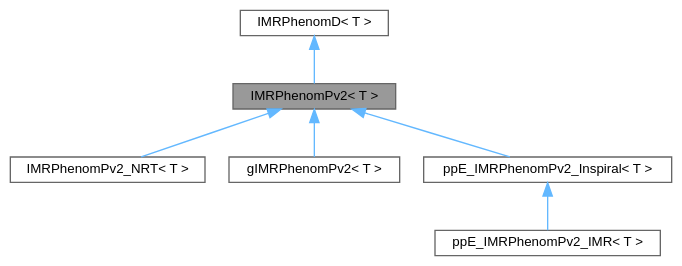
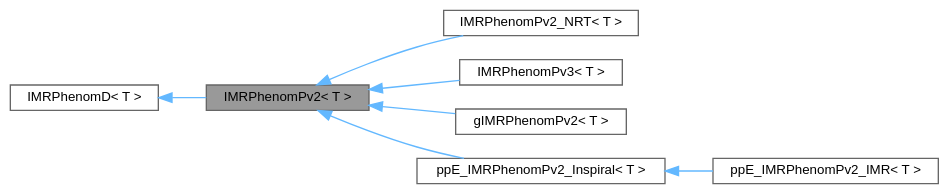
One commit to scottperkins/gw_analysis_tools changed the diagram in classIMRPhenomPv2__inherit__graph.dot. Above: the diagram before and after it, drawn with Graphviz. The commit also changed 499 other files, not shown here.

```diff
--- a/classIMRPhenomPv2__inherit__graph.dot
+++ b/classIMRPhenomPv2__inherit__graph.dot
@@ -1,18 +1,21 @@
 digraph "IMRPhenomPv2&lt; T &gt;"
 {
  // LATEX_PDF_SIZE
   bgcolor="transparent";
   edge [fontname=Helvetica,fontsize=10,labelfontname=Helvetica,labelfontsize=10];
   node [fontname=Helvetica,fontsize=10,shape=box,height=0.2,width=0.4];
+  rankdir="LR";
   Node1 [id="Node000001",label="IMRPhenomPv2\< T \>",height=0.2,width=0.4,color="gray40", fillcolor="grey60", style="filled", fontcolor="black",tooltip=" "];
   Node2 -> Node1 [id="edge1_Node000001_Node000002",dir="back",color="steelblue1",style="solid",tooltip=" "];
   Node2 [id="Node000002",label="IMRPhenomD\< T \>",height=0.2,width=0.4,color="gray40", fillcolor="white", style="filled",tooltip=" "];
   Node1 -> Node3 [id="edge2_Node000001_Node000003",dir="back",color="steelblue1",style="solid",tooltip=" "];
   Node3 [id="Node000003",label="IMRPhenomPv2_NRT\< T \>",height=0.2,width=0.4,color="gray40", fillcolor="white", style="filled",URL="$classIMRPhenomPv2__NRT.html",tooltip=" "];
   Node1 -> Node4 [id="edge3_Node000001_Node000004",dir="back",color="steelblue1",style="solid",tooltip=" "];
-  Node4 [id="Node000004",label="gIMRPhenomPv2\< T \>",height=0.2,width=0.4,color="gray40", fillcolor="white", style="filled",URL="$classgIMRPhenomPv2.html",tooltip=" "];
+  Node4 [id="Node000004",label="IMRPhenomPv3\< T \>",height=0.2,width=0.4,color="gray40", fillcolor="white", style="filled",URL="$classIMRPhenomPv3.html",tooltip=" "];
   Node1 -> Node5 [id="edge4_Node000001_Node000005",dir="back",color="steelblue1",style="solid",tooltip=" "];
-  Node5 [id="Node000005",label="ppE_IMRPhenomPv2_Inspiral\< T \>",height=0.2,width=0.4,color="gray40", fillcolor="white", style="filled",URL="$classppE__IMRPhenomPv2__Inspiral.html",tooltip=" "];
-  Node5 -> Node6 [id="edge5_Node000005_Node000006",dir="back",color="steelblue1",style="solid",tooltip=" "];
-  Node6 [id="Node000006",label="ppE_IMRPhenomPv2_IMR\< T \>",height=0.2,width=0.4,color="gray40", fillcolor="white", style="filled",URL="$classppE__IMRPhenomPv2__IMR.html",tooltip=" "];
+  Node5 [id="Node000005",label="gIMRPhenomPv2\< T \>",height=0.2,width=0.4,color="gray40", fillcolor="white", style="filled",URL="$classgIMRPhenomPv2.html",tooltip=" "];
+  Node1 -> Node6 [id="edge5_Node000001_Node000006",dir="back",color="steelblue1",style="solid",tooltip=" "];
+  Node6 [id="Node000006",label="ppE_IMRPhenomPv2_Inspiral\< T \>",height=0.2,width=0.4,color="gray40", fillcolor="white", style="filled",URL="$classppE__IMRPhenomPv2__Inspiral.html",tooltip=" "];
+  Node6 -> Node7 [id="edge6_Node000006_Node000007",dir="back",color="steelblue1",style="solid",tooltip=" "];
+  Node7 [id="Node000007",label="ppE_IMRPhenomPv2_IMR\< T \>",height=0.2,width=0.4,color="gray40", fillcolor="white", style="filled",URL="$classppE__IMRPhenomPv2__IMR.html",tooltip=" "];
 }
```
